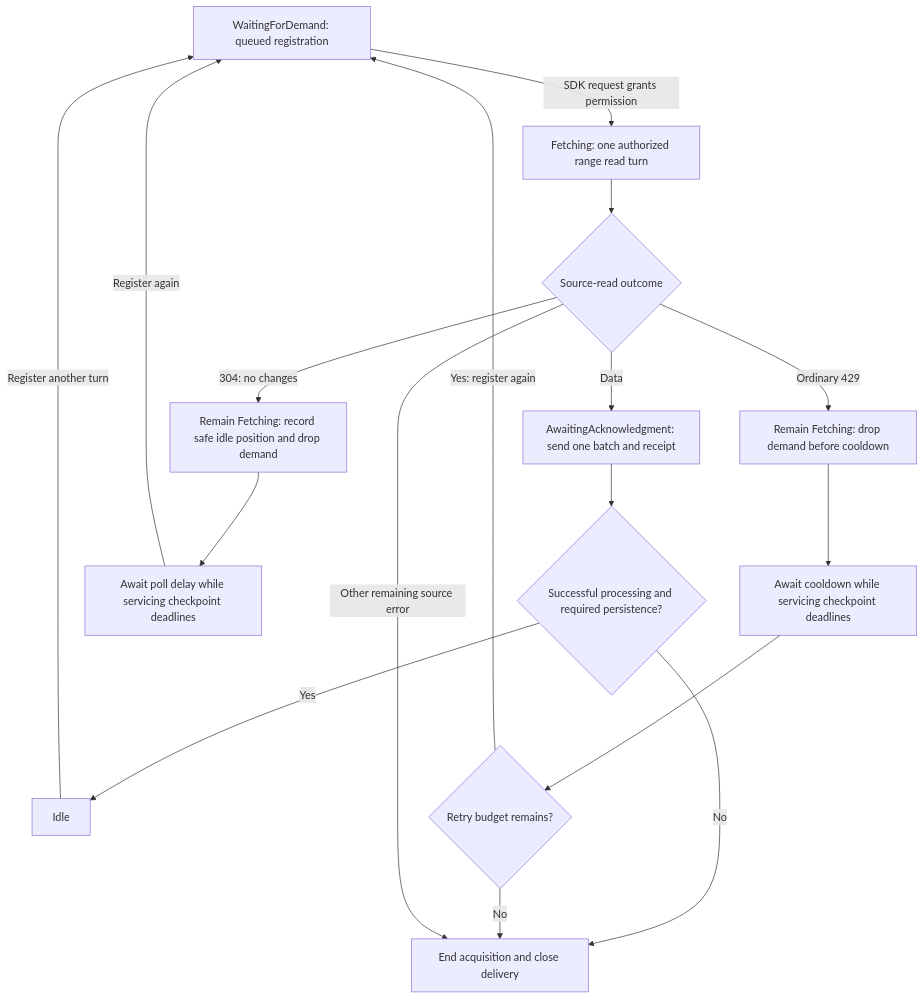
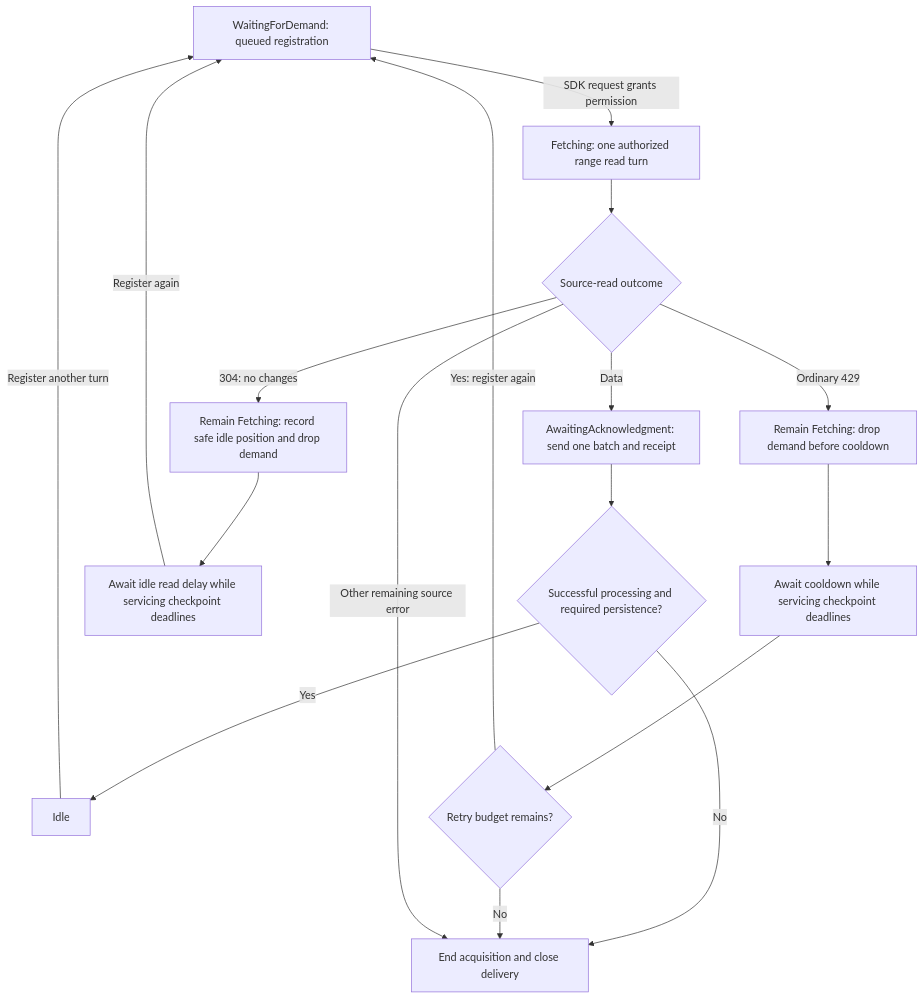
The third of 5 diagrams in sdk/cosmos/docs/specs/0031-change-feed-processor.md (Azure/azure-sdk-for-rust), drawn with Mermaid before and after one commit. The commit also changed other lines of this file, not shown here.

````diff
--- a/sdk/cosmos/docs/specs/0031-change-feed-processor.md
+++ b/sdk/cosmos/docs/specs/0031-change-feed-processor.md
@@ -932,19 +950,19 @@
 ```mermaid
 flowchart TD
     Waiting["WaitingForDemand: queued registration"] -->|SDK request grants permission| Fetching["Fetching: one authorized range read turn"]
     Fetching --> Outcome{"Source-read outcome"}
     Outcome -->|Data| Delivered["AwaitingAcknowledgment: send one batch and receipt"]
     Delivered --> Success{"Successful processing and required persistence?"}
     Success -->|Yes| Idle["Idle"]
     Idle -->|Register another turn| Waiting
     Success -->|No| Closed["End acquisition and close delivery"]
     Outcome -->|304: no changes| NoChanges["Remain Fetching: record safe idle position and drop demand"]
-    NoChanges --> PollDelay["Await poll delay while servicing checkpoint deadlines"]
-    PollDelay -->|Register again| Waiting
+    NoChanges --> IdleDelay["Await idle read delay while servicing checkpoint deadlines"]
+    IdleDelay -->|Register again| Waiting
     Outcome -->|Ordinary 429| Throttled["Remain Fetching: drop demand before cooldown"]
     Throttled --> Cooldown["Await cooldown while servicing checkpoint deadlines"]
     Cooldown --> Retry{"Retry budget remains?"}
     Retry -->|Yes: register again| Waiting
     Retry -->|No| Closed
     Outcome -->|Other remaining source error| Closed
 ```
````
